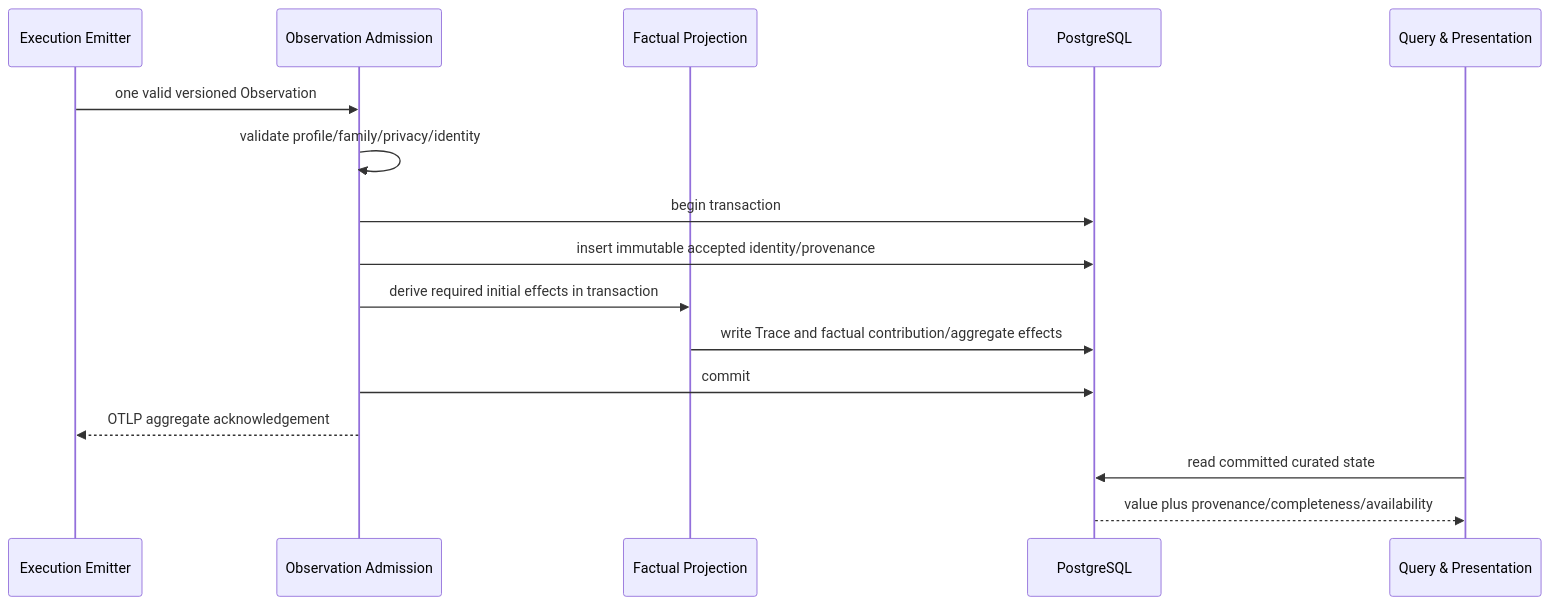
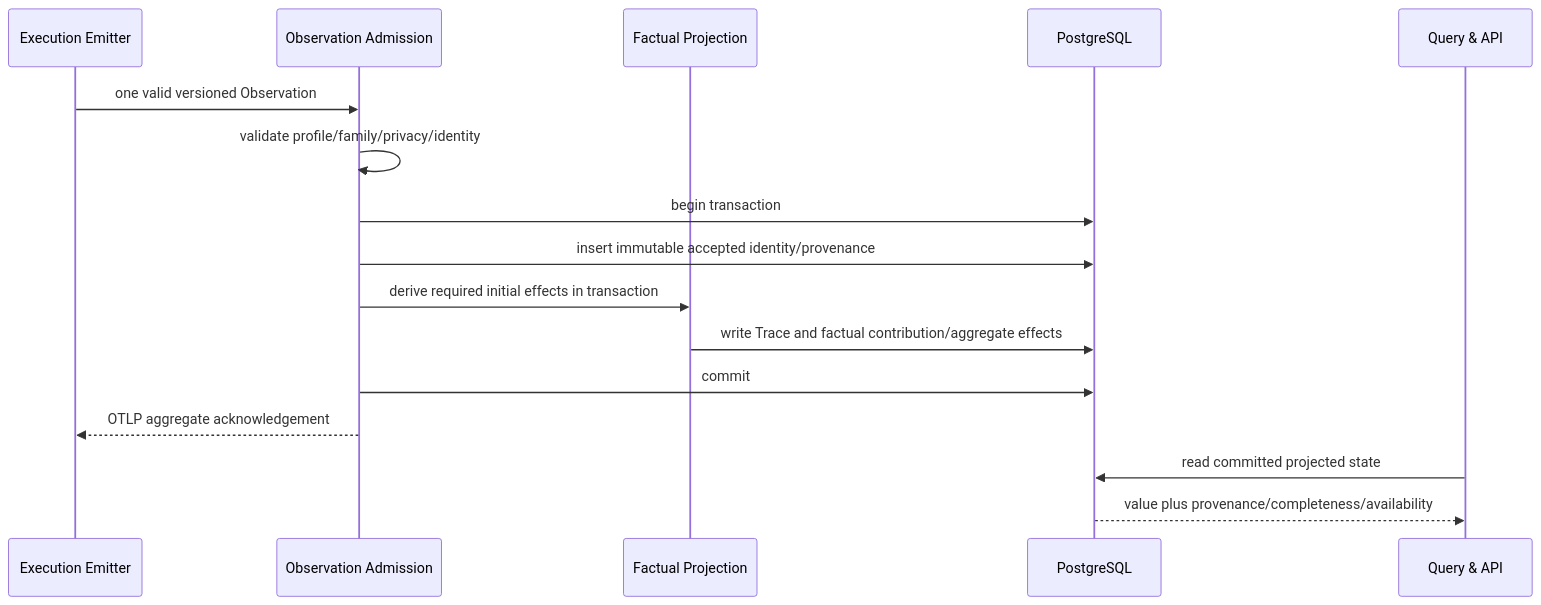
The second of 2 diagrams in docs/systems/evidence/evidence-system.zh-CN.md (firestige/workflow-self-recursive), drawn with Mermaid before and after one commit. The commit also changed other lines of this file and 3 other files, not shown here.

````diff
--- a/docs/systems/evidence/evidence-system.zh-CN.md
+++ b/docs/systems/evidence/evidence-system.zh-CN.md
@@ -117,19 +113,19 @@
 ```mermaid
 sequenceDiagram
     participant EX as Execution Emitter
     participant AD as Observation Admission
     participant FP as Factual Projection
     participant PG as PostgreSQL
-    participant Q as Query & Presentation
+    participant Q as Query & API
 
     EX->>AD: one valid versioned Observation
     AD->>AD: validate profile/family/privacy/identity
     AD->>PG: begin transaction
     AD->>PG: insert immutable accepted identity/provenance
     AD->>FP: derive required initial effects in transaction
     FP->>PG: write Trace and factual contribution/aggregate effects
     AD->>PG: commit
     AD-->>EX: OTLP aggregate acknowledgement
-    Q->>PG: read committed curated state
+    Q->>PG: read committed projected state
     PG-->>Q: value plus provenance/completeness/availability
 ```
````
